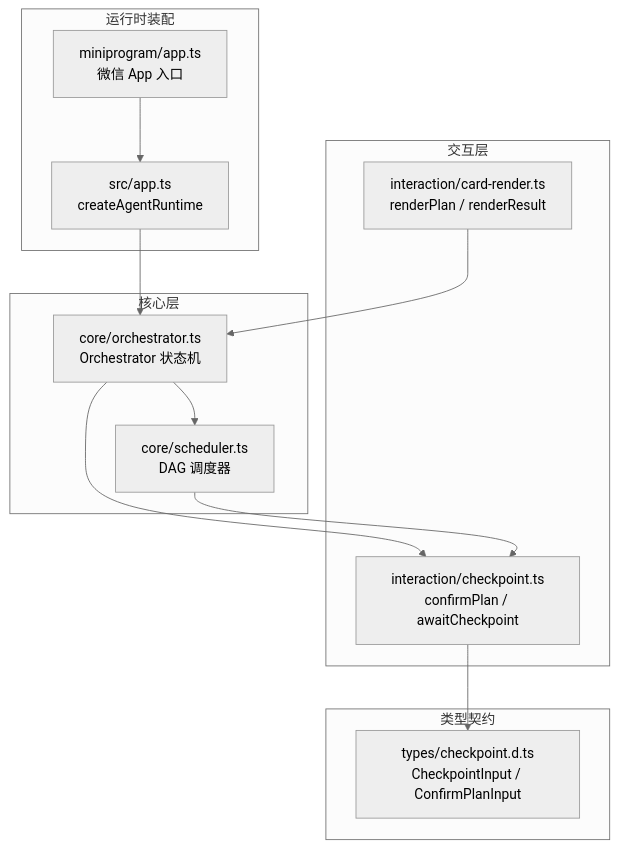
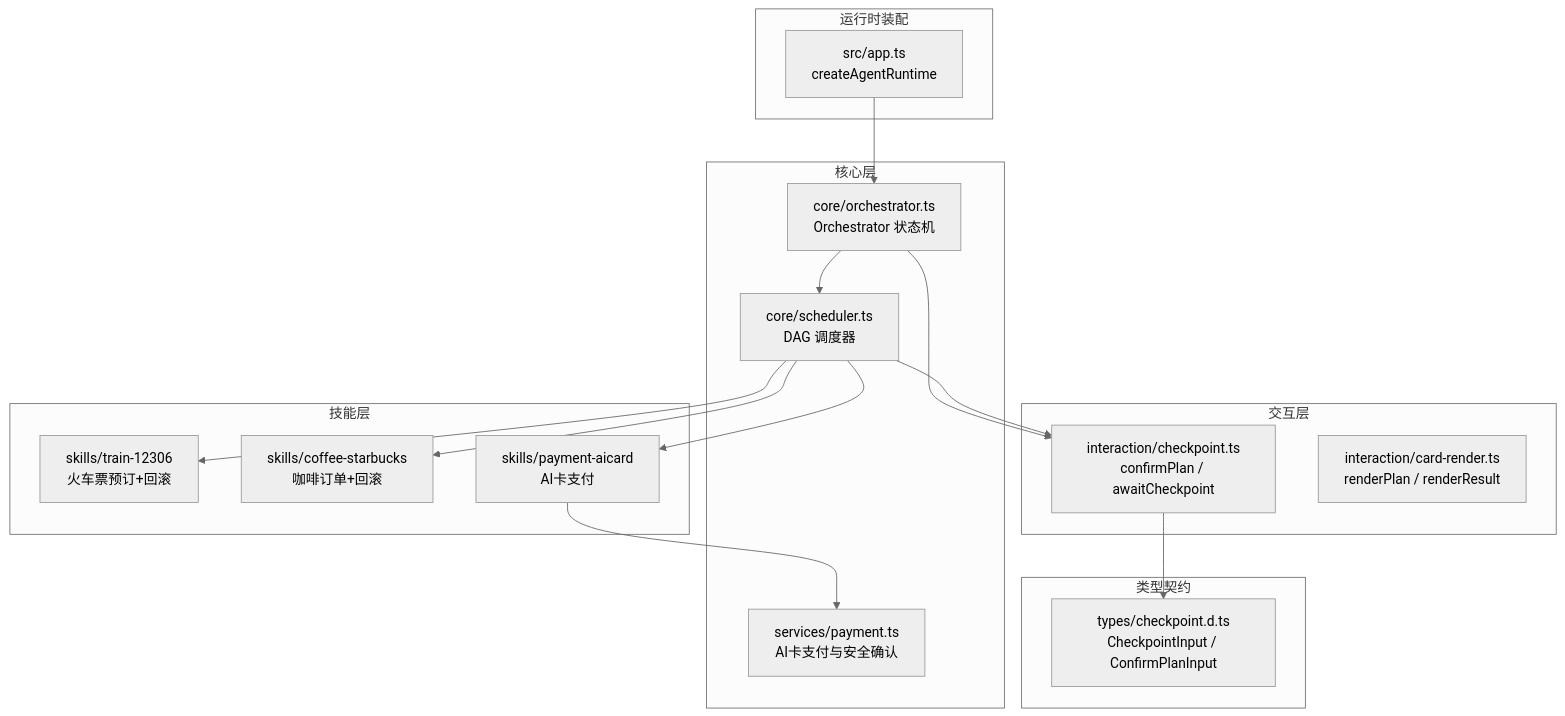
One commit to Ichi-Hackton/WAIC-WeChat-MiniProgram changed the first of 6 diagrams in .qoder/repowiki/zh/content/用户界面/交互层设计/检查点确认机制.md. Above: the diagram before and after it, drawn with Mermaid (neutral theme). The commit also changed other lines of this file and 33 other files, not shown here.

````diff
--- a/.qoder/repowiki/zh/content/用户界面/交互层设计/检查点确认机制.md
+++ b/.qoder/repowiki/zh/content/用户界面/交互层设计/检查点确认机制.md
@@ -46,25 +59,32 @@
 ```mermaid
 graph TB
 subgraph "交互层"
 IC["interaction/checkpoint.ts<br/>confirmPlan / awaitCheckpoint"]
 CR["interaction/card-render.ts<br/>renderPlan / renderResult"]
 end
 subgraph "核心层"
 ORCH["core/orchestrator.ts<br/>Orchestrator 状态机"]
 SCH["core/scheduler.ts<br/>DAG 调度器"]
+PAY["services/payment.ts<br/>AI卡支付与安全确认"]
+end
+subgraph "技能层"
+TRAIN["skills/train-12306<br/>火车票预订+回滚"]
+COFFEE["skills/coffee-starbucks<br/>咖啡订单+回滚"]
+AICARD["skills/payment-aicard<br/>AI卡支付"]
 end
 subgraph "类型契约"
 TCK["types/checkpoint.d.ts<br/>CheckpointInput / ConfirmPlanInput"]
 end
 subgraph "运行时装配"
 RUNTIME["src/app.ts<br/>createAgentRuntime"]
-WXAPP["miniprogram/app.ts<br/>微信 App 入口"]
 end
-WXAPP --> RUNTIME
 RUNTIME --> ORCH
 ORCH --> SCH
 ORCH --> IC
 SCH --> IC
 IC --> TCK
-CR --> ORCH
+SCH --> TRAIN
+SCH --> COFFEE
+SCH --> AICARD
+AICARD --> PAY
 ```
````
